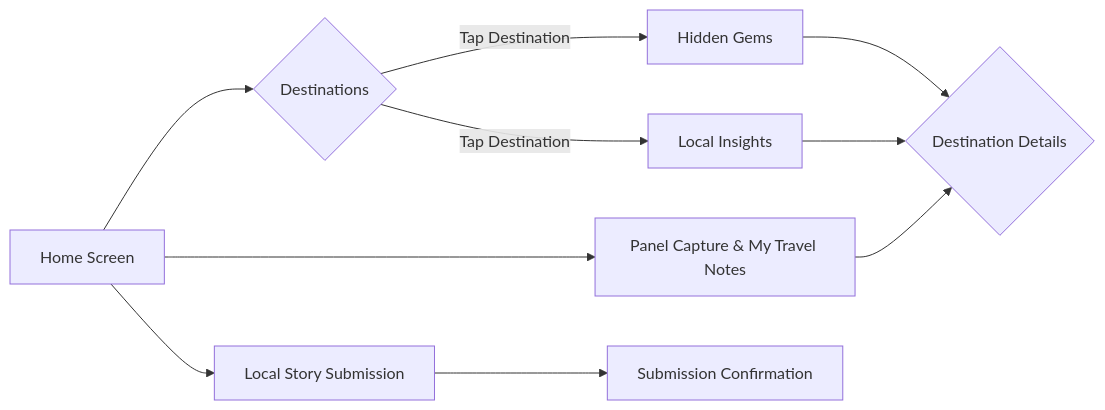
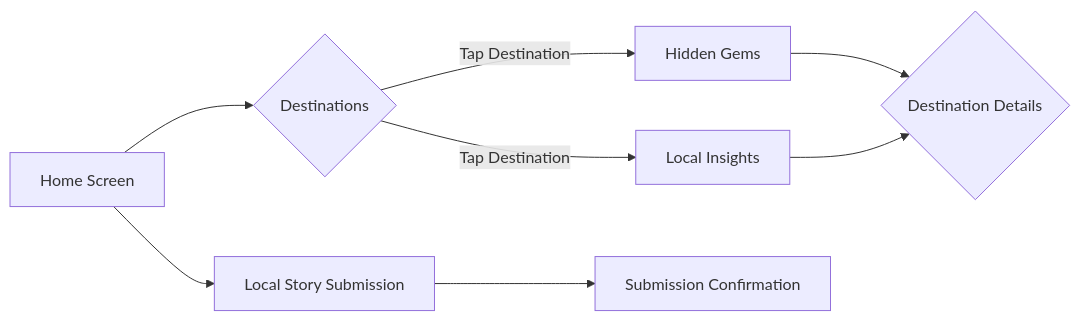
The second of 2 diagrams in ARCHITECTURE.md (fustilio/wayfarer), drawn with Mermaid before and after one commit. The commit also changed other lines of this file and 3 other files, not shown here.

Commit message:
feat: enable ThemeToggle component in ProfileScreen and update PLAN.md and ARCHITECTURE.md with implementation status

````diff
--- a/ARCHITECTURE.md
+++ b/ARCHITECTURE.md
@@ -186,12 +182,10 @@
 ```mermaid
 graph LR
     A[Home Screen] --> B{Destinations};
     B -- Tap Destination --> C[Hidden Gems];
     B -- Tap Destination --> D[Local Insights];
-    A --> E[Panel Capture & My Travel Notes];
     A --> G[Local Story Submission];
     C --> H{Destination Details};
     D --> H;
-    E --> H;
     G --> I[Submission Confirmation];
 ```
````
